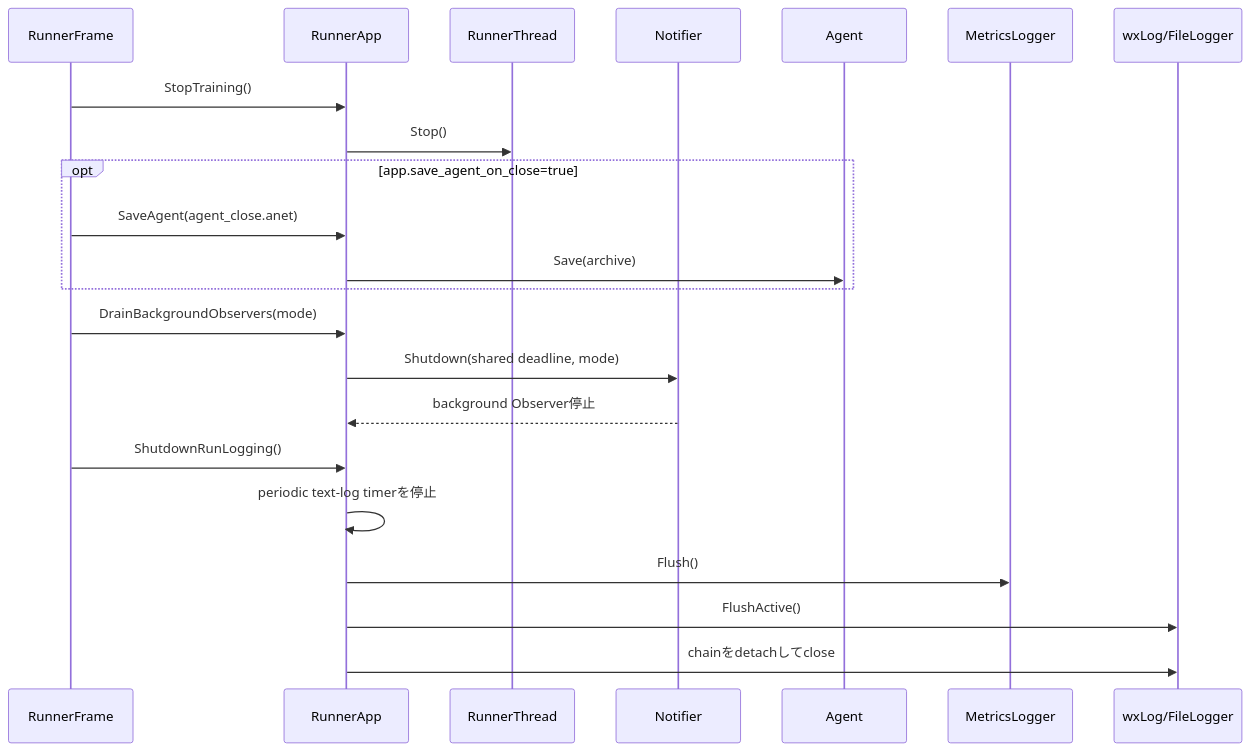
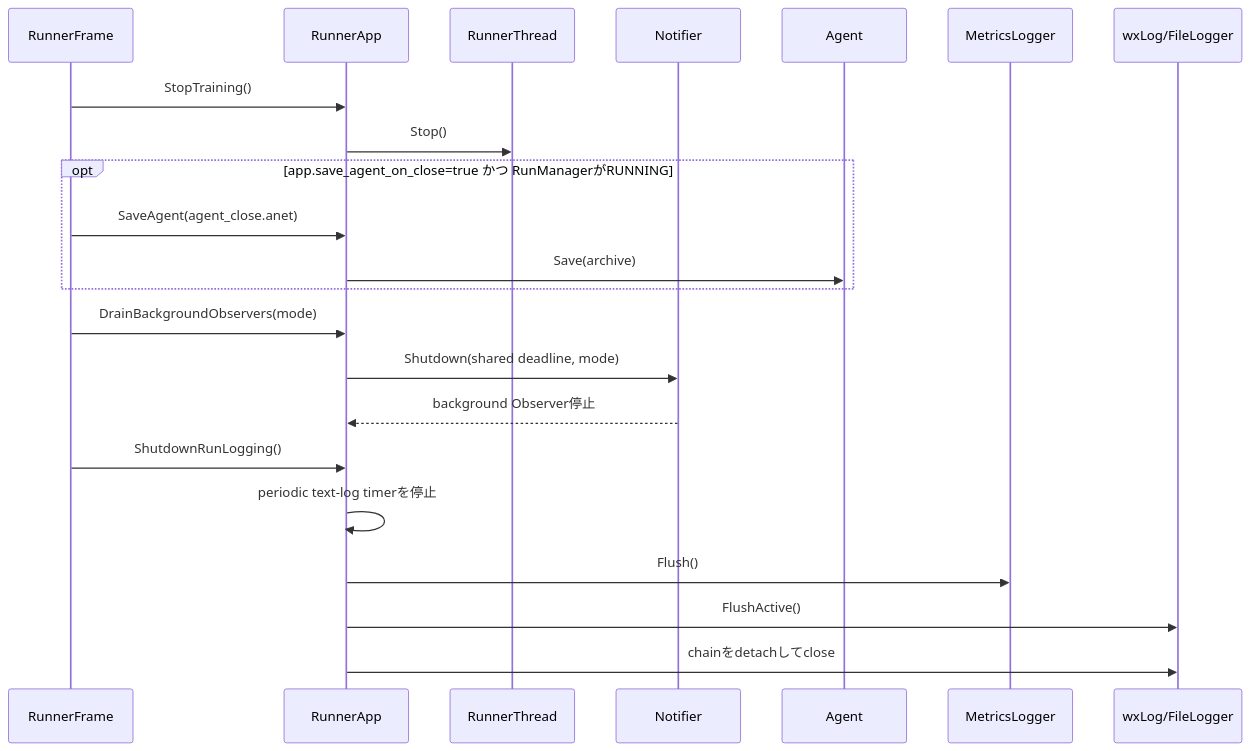
The third of 3 diagrams in docs/design/140_observability.jp.md (kazukin123/anet-lab), drawn with Mermaid before and after one commit. The commit also changed 13 other files, not shown here.

````diff
--- a/docs/design/140_observability.jp.md
+++ b/docs/design/140_observability.jp.md
@@ -153,25 +153,25 @@
 ```mermaid
 sequenceDiagram
     participant UI as RunnerFrame
     participant A as RunnerApp
     participant T as RunnerThread
     participant N as Notifier
     participant G as Agent
     participant M as MetricsLogger
     participant L as wxLog/FileLogger
 
     UI->>A: StopTraining()
     A->>T: Stop()
-    opt app.save_agent_on_close=true
+    opt app.save_agent_on_close=true かつ RunManagerがRUNNING
         UI->>A: SaveAgent(agent_close.anet)
         A->>G: Save(archive)
     end
     UI->>A: DrainBackgroundObservers(mode)
     A->>N: Shutdown(shared deadline, mode)
     N-->>A: background Observer停止
     UI->>A: ShutdownRunLogging()
     A->>A: periodic text-log timerを停止
     A->>M: Flush()
     A->>L: FlushActive()
     A->>L: chainをdetachしてclose
 ```
````
